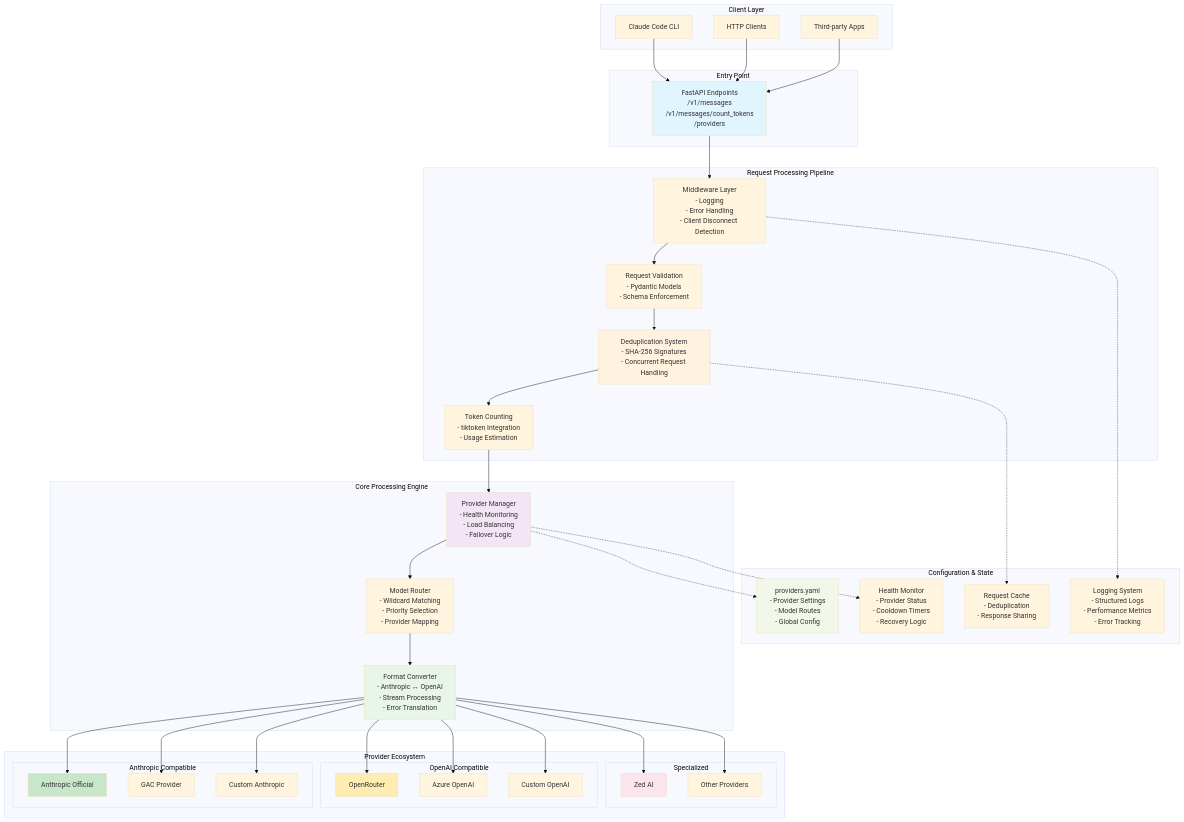
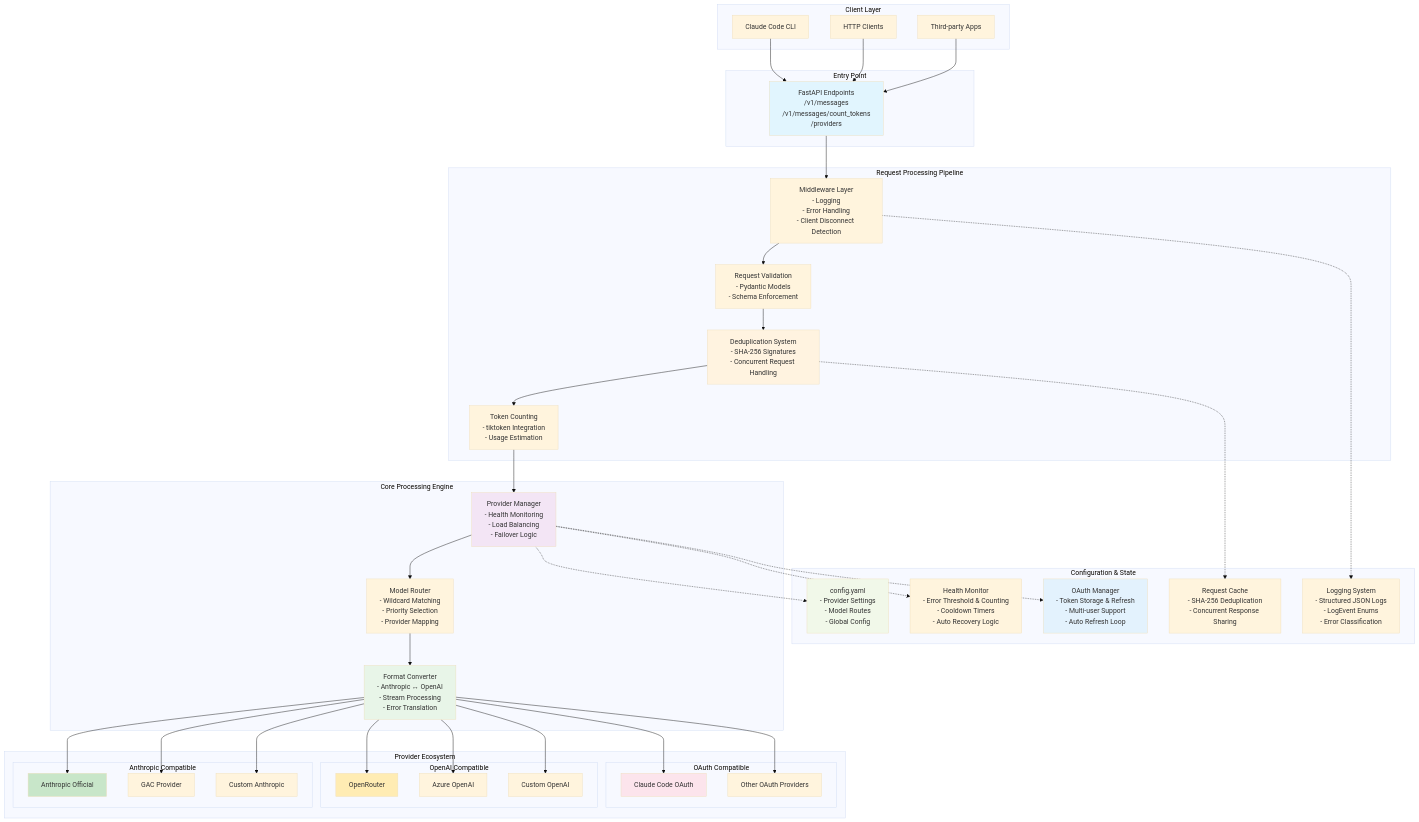
The ninth of 12 diagrams in docs/architecture-diagrams.md (zkytech/claude-code-provider-balancer), drawn with Mermaid (base theme) before and after one commit. The commit also changed other lines of this file and 7 other files, not shown here.

````diff
--- a/docs/architecture-diagrams.md
+++ b/docs/architecture-diagrams.md
@@ -488,17 +493,18 @@
             COA[Custom OpenAI]
         end
         
-        subgraph "Specialized"
-            ZED[Zed AI]
-            OTH[Other Providers]
+        subgraph "OAuth Compatible"
+            CCO[Claude Code OAuth]
+            OTH[Other OAuth Providers]
         end
     end
     
     subgraph "Configuration & State"
-        CFG[providers.yaml<br/>- Provider Settings<br/>- Model Routes<br/>- Global Config]
-        HM[Health Monitor<br/>- Provider Status<br/>- Cooldown Timers<br/>- Recovery Logic]
-        CACHE[Request Cache<br/>- Deduplication<br/>- Response Sharing]
-        LOGS[Logging System<br/>- Structured Logs<br/>- Performance Metrics<br/>- Error Tracking]
+        CFG[config.yaml<br/>- Provider Settings<br/>- Model Routes<br/>- Global Config]
+        HM[Health Monitor<br/>- Error Threshold & Counting<br/>- Cooldown Timers<br/>- Auto Recovery Logic]
+        CACHE[Request Cache<br/>- SHA-256 Deduplication<br/>- Concurrent Response Sharing]
+        LOGS[Logging System<br/>- Structured JSON Logs<br/>- LogEvent Enums<br/>- Error Classification]
+        OAUTH[OAuth Manager<br/>- Token Storage & Refresh<br/>- Multi-user Support<br/>- Auto Refresh Loop]
     end
     
     CC --> FE
@@ -516,6 +522,7 @@
     
     PM -.-> CFG
     PM -.-> HM
+    PM -.-> OAUTH
     DD -.-> CACHE
     MW -.-> LOGS
     
@@ -525,7 +532,7 @@
     FC --> OPR
     FC --> AZO
     FC --> COA
-    FC --> ZED
+    FC --> CCO
     FC --> OTH
     
     style FE fill:#e1f5fe
@@ -534,6 +541,7 @@
     style DD fill:#fff3e0
     style ANT fill:#c8e6c9
     style OPR fill:#ffecb3
-    style ZED fill:#fce4ec
+    style CCO fill:#fce4ec
     style CFG fill:#f1f8e9
+    style OAUTH fill:#e3f2fd
 ```
````
